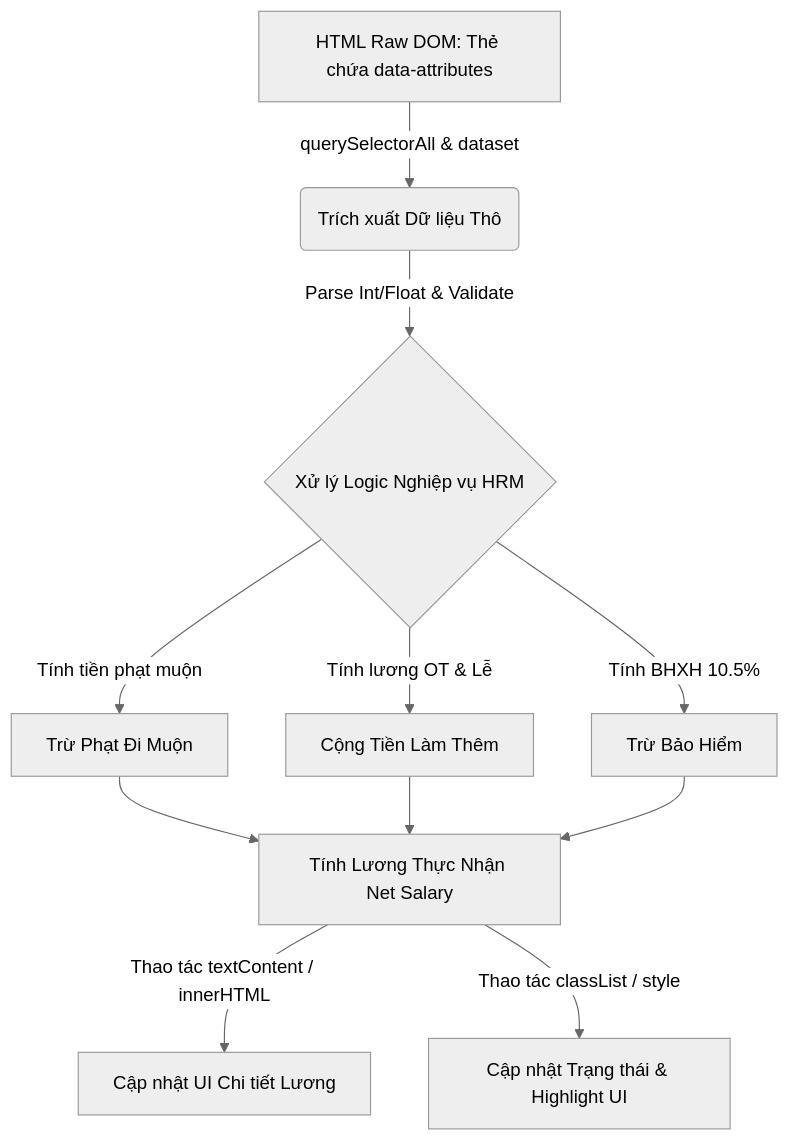
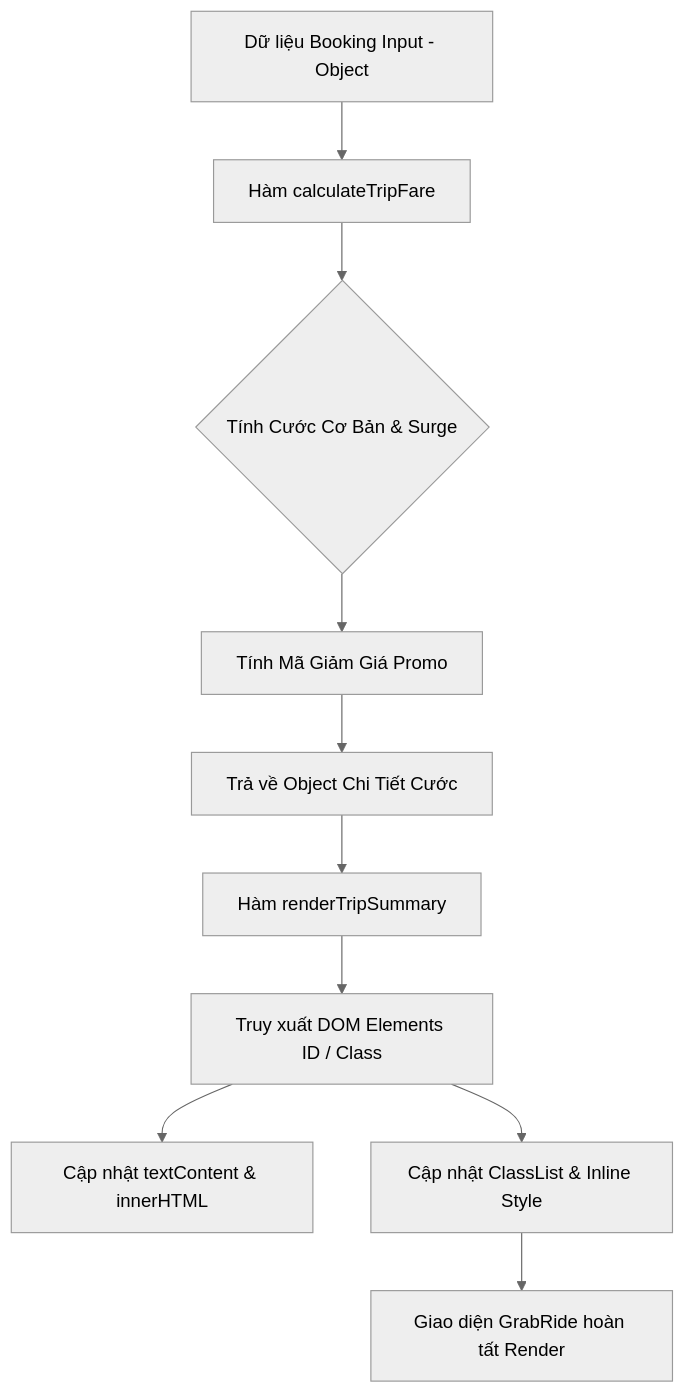
One commit to ngoquy12/learning_material changed the diagram in output/pms/Phát_triển_ứng_dụng_web/Session 17 - Tương tác DOM API (Document Object Model)- Truy xuất và Thay đổi Nội dung/Bài tập/bai_tap_9.md. Above: the diagram before and after it, drawn with Mermaid (neutral theme). The commit also changed other lines of this file and 152 other files, not shown here.

Commit message:
feat(domain): implement Session Domain Anchor Architecture for 100% unified domain consistency across all session resources

````diff
--- a/output/pms/Phát_triển_ứng_dụng_web/Session 17 - Tương tác DOM API (Document Object Model)- Truy xuất và Thay đổi Nội dung/Bài tập/bai_tap_9.md
+++ b/output/pms/Phát_triển_ứng_dụng_web/Session 17 - Tương tác DOM API (Document Object Model)- Truy xuất và Thay đổi Nội dung/Bài tập/bai_tap_9.md
@@ -20,11 +20,12 @@
 ```mermaid
 graph TD
-    A[HTML Raw DOM: Thẻ chứa data-attributes] -->|querySelectorAll & dataset| B(Trích xuất Dữ liệu Thô)
-    B -->|Parse Int/Float & Validate| C{Xử lý Logic Nghiệp vụ HRM}
-    C -->|Tính tiền phạt muộn| D[Trừ Phạt Đi Muộn]
-    C -->|Tính lương OT & Lễ| E[Cộng Tiền Làm Thêm]
-    C -->|Tính BHXH 10.5%| F[Trừ Bảo Hiểm]
-    D & E & F --> G[Tính Lương Thực Nhận Net Salary]
-    G -->|Thao tác textContent / innerHTML| H[Cập nhật UI Chi tiết Lương]
-    G -->|Thao tác classList / style| I[Cập nhật Trạng thái & Highlight UI]
+    A[Dữ liệu Booking Input - Object] --> B[Hàm calculateTripFare]
+    B --> C{Tính Cước Cơ Bản & Surge}
+    C --> D[Tính Mã Giảm Giá Promo]
+    D --> E[Trả về Object Chi Tiết Cước]
+    E --> F[Hàm renderTripSummary]
+    F --> G[Truy xuất DOM Elements ID / Class]
+    G --> H[Cập nhật textContent & innerHTML]
+    G --> I[Cập nhật ClassList & Inline Style]
+    I --> J[Giao diện GrabRide hoàn tất Render]
 ```
````
